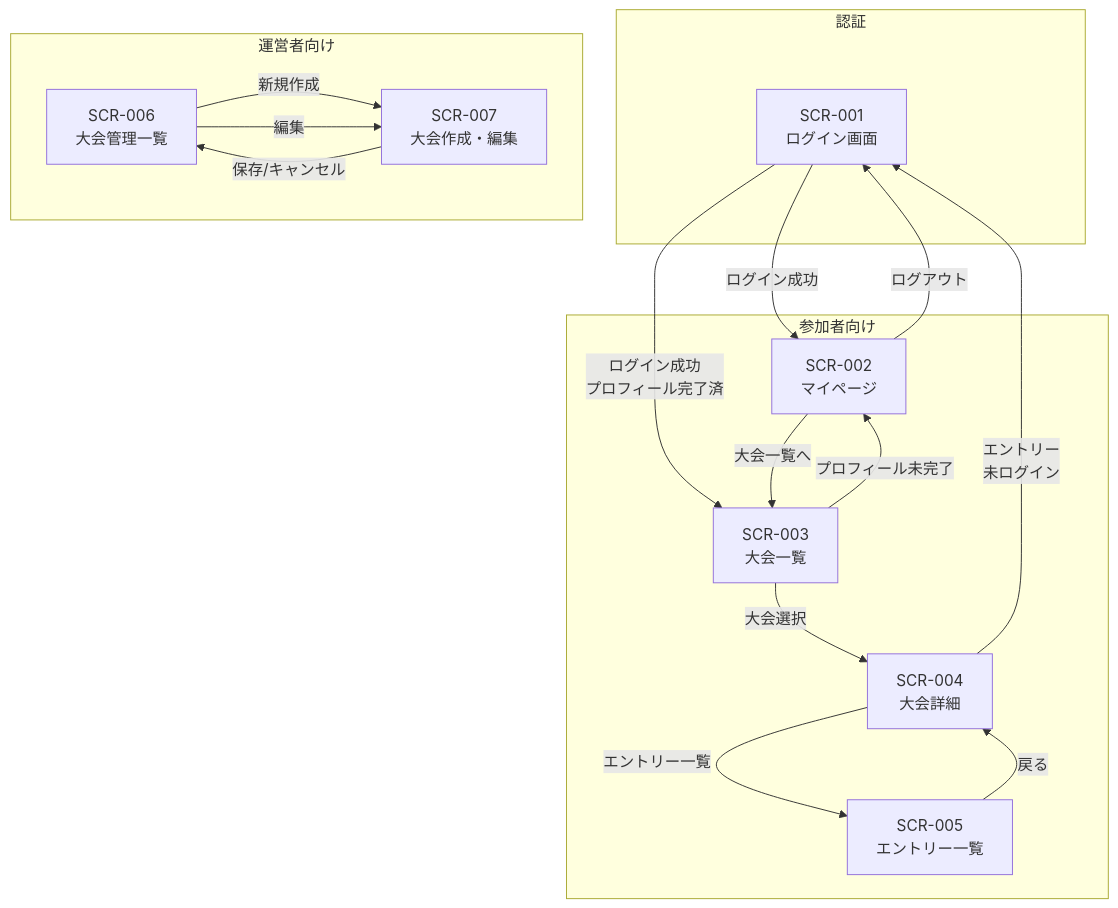
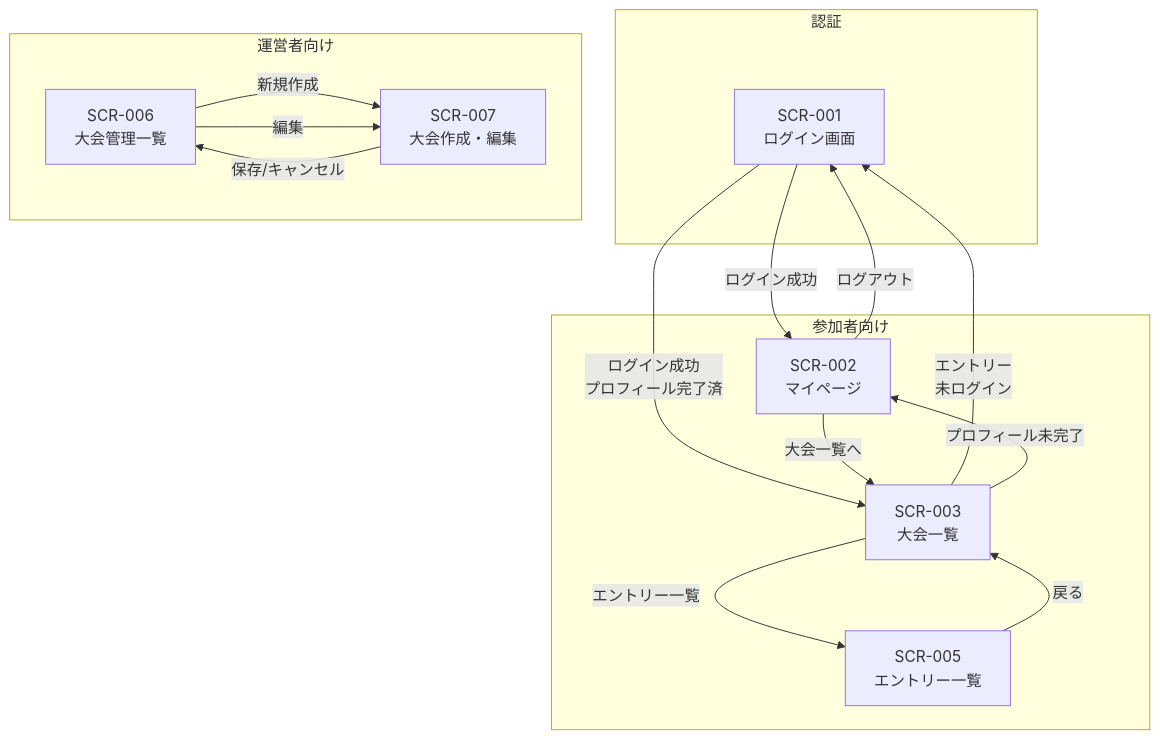
One commit to juv-shun/JiroRimi changed the diagram in docs/screen_design.md. Above: the diagram before and after it, drawn with Mermaid. The commit also changed other lines of this file and 7 other files, not shown here.

````diff
--- a/docs/screen_design.md
+++ b/docs/screen_design.md
@@ -450,36 +428,33 @@
 ```mermaid
 flowchart TD
     subgraph 認証
         LOGIN[SCR-001<br/>ログイン画面]
     end
 
     subgraph 参加者向け
         MYPAGE[SCR-002<br/>マイページ]
         TOURNAMENTS[SCR-003<br/>大会一覧]
-        TOURNAMENT_DETAIL[SCR-004<br/>大会詳細]
         ENTRY_LIST[SCR-005<br/>エントリー一覧]
     end
 
     subgraph 運営者向け
         ADMIN_TOURNAMENTS[SCR-006<br/>大会管理一覧]
         ADMIN_TOURNAMENT_EDIT[SCR-007<br/>大会作成・編集]
     end
 
     LOGIN -->|ログイン成功| MYPAGE
     LOGIN -->|ログイン成功<br/>プロフィール完了済| TOURNAMENTS
 
     MYPAGE -->|大会一覧へ| TOURNAMENTS
     MYPAGE -->|ログアウト| LOGIN
 
-    TOURNAMENTS -->|大会選択| TOURNAMENT_DETAIL
+    TOURNAMENTS -->|エントリー一覧| ENTRY_LIST
+    TOURNAMENTS -->|エントリー<br/>未ログイン| LOGIN
     TOURNAMENTS -->|プロフィール未完了| MYPAGE
 
-    TOURNAMENT_DETAIL -->|エントリー一覧| ENTRY_LIST
-    TOURNAMENT_DETAIL -->|エントリー<br/>未ログイン| LOGIN
-
-    ENTRY_LIST -->|戻る| TOURNAMENT_DETAIL
+    ENTRY_LIST -->|戻る| TOURNAMENTS
 
     ADMIN_TOURNAMENTS -->|新規作成| ADMIN_TOURNAMENT_EDIT
     ADMIN_TOURNAMENTS -->|編集| ADMIN_TOURNAMENT_EDIT
     ADMIN_TOURNAMENT_EDIT -->|保存/キャンセル| ADMIN_TOURNAMENTS
 ```
````
